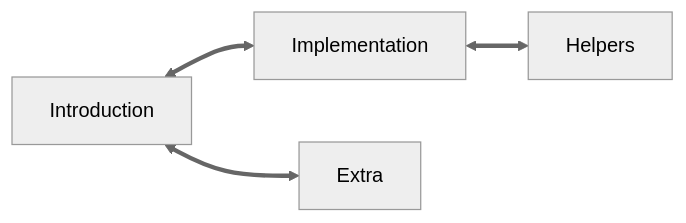
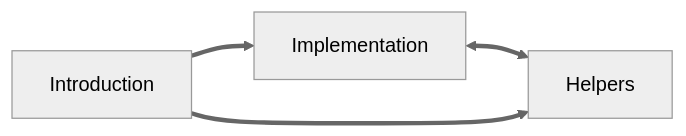
Before and after one commit to Iximiel/cudaOnPlumed: the diagram in NAVIGATION.md, drawn with Mermaid (neutral theme). The commit also changed 3 other files, not shown here.

````diff
--- a/NAVIGATION.md
+++ b/NAVIGATION.md
@@ -5,17 +5,16 @@
 ```mermaid
 flowchart LR
 
 Intro[Introduction]
 Implementation
-Extra
 Helpers
 
-Intro <==> Implementation
+Intro ==> Implementation
 Implementation <==> Helpers
-Intro <==> Extra
+Intro ==> Helpers
+
 
 click Intro "Readme.md" "The introduction"
 click Implementation "Implementation.md" "The coordination implementation"
 click Helpers "Helpers.md" "A simple manual witht the helper library"
-click Extra "Extra.md" "The manual for the companion header"
 ```
````
